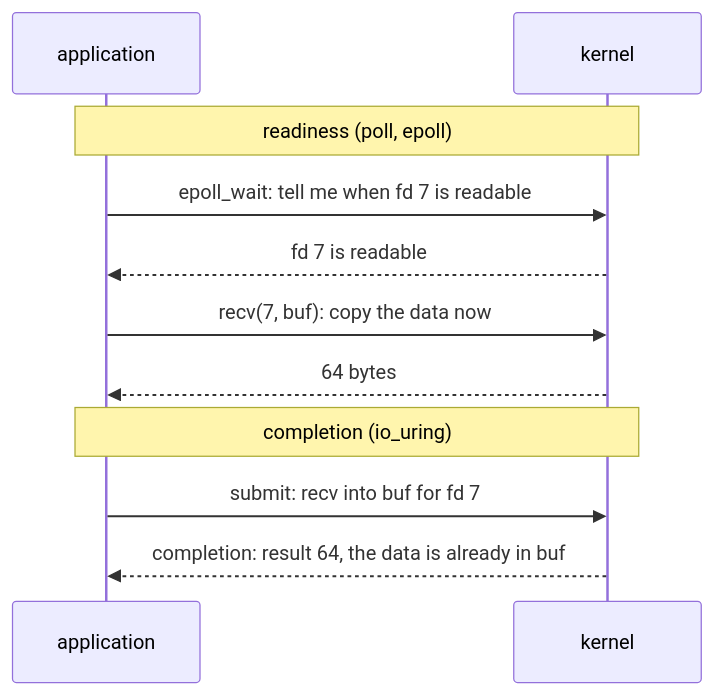
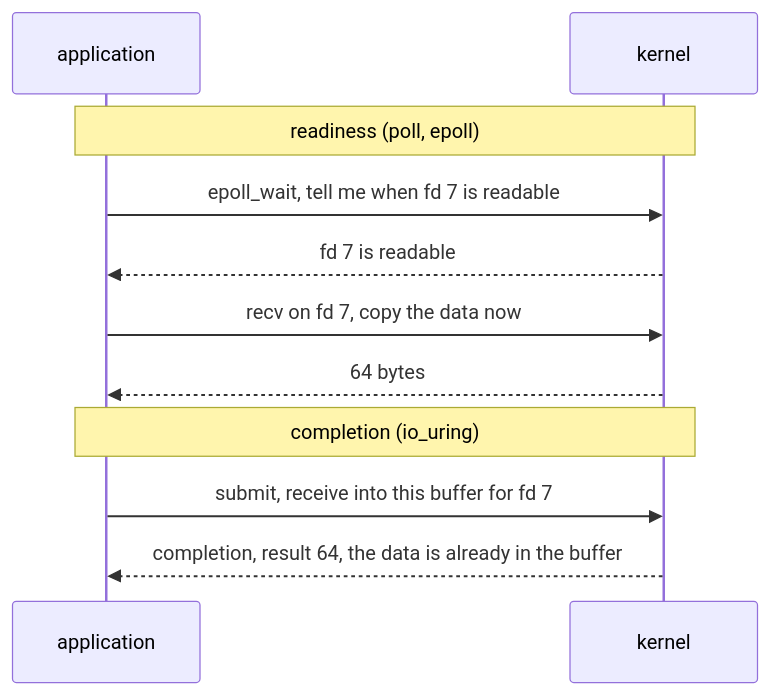
One commit to Princeahrwar/Study changed the first of 3 diagrams in 07_networking/05_epoll_and_io_uring.md. Above: the diagram before and after it, drawn with Mermaid. The commit also changed other lines of this file, not shown here.

First line of the commit message:
NET 05: rewrite epoll and io_uring in WF 14 style (103 KB to 38 KB)

````diff
--- a/07_networking/05_epoll_and_io_uring.md
+++ b/07_networking/05_epoll_and_io_uring.md
@@ -43,13 +49,13 @@
 ```mermaid
 sequenceDiagram
   participant A as application
   participant K as kernel
   Note over A,K: readiness (poll, epoll)
-  A->>K: epoll_wait: tell me when fd 7 is readable
+  A->>K: epoll_wait, tell me when fd 7 is readable
   K-->>A: fd 7 is readable
-  A->>K: recv(7, buf): copy the data now
+  A->>K: recv on fd 7, copy the data now
   K-->>A: 64 bytes
   Note over A,K: completion (io_uring)
-  A->>K: submit: recv into buf for fd 7
-  K-->>A: completion: result 64, the data is already in buf
+  A->>K: submit, receive into this buffer for fd 7
+  K-->>A: completion, result 64, the data is already in the buffer
 ```
````
